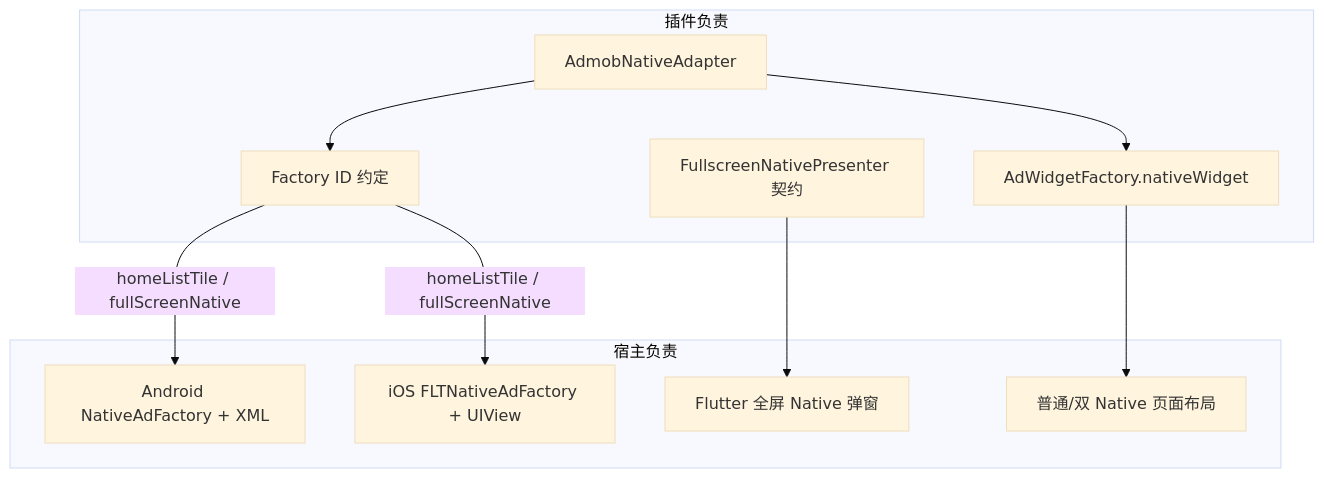
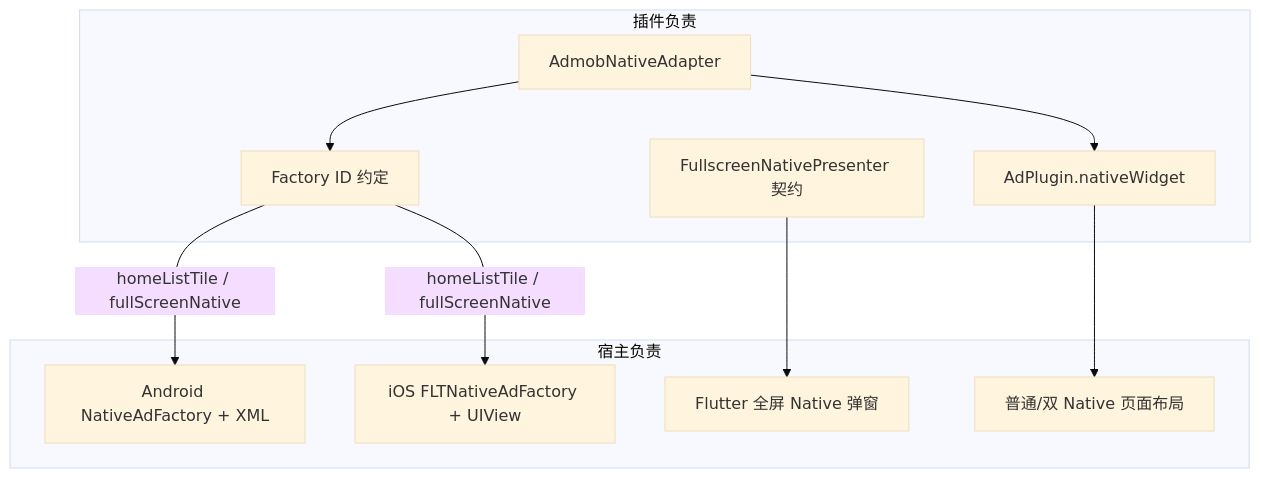
One commit to yanmingLiu/flutter_ad_plugin changed the third of 3 diagrams in README.md. Above: the diagram before and after it, drawn with Mermaid (base theme). The commit also changed other lines of this file and 115 other files, not shown here.

````diff
--- a/README.md
+++ b/README.md
@@ -170,23 +166,23 @@
 ```mermaid
 flowchart TB
   subgraph PluginSide[插件负责]
     NativeAdapter[AdmobNativeAdapter]
     FactoryId[Factory ID 约定]
-    FlutterBridge[AdWidgetFactory.nativeWidget]
+    FlutterBridge[AdPlugin.nativeWidget]
     PresenterContract[FullscreenNativePresenter 契约]
   end
 
   subgraph HostSide[宿主负责]
     AndroidFactory[Android NativeAdFactory + XML]
     IOSFactory[iOS FLTNativeAdFactory + UIView]
     FullscreenDialog[Flutter 全屏 Native 弹窗]
     BusinessLayout[普通/双 Native 页面布局]
   end
 
   NativeAdapter --> FactoryId
   FactoryId -->|homeListTile / fullScreenNative| AndroidFactory
   FactoryId -->|homeListTile / fullScreenNative| IOSFactory
   NativeAdapter --> FlutterBridge
   FlutterBridge --> BusinessLayout
   PresenterContract --> FullscreenDialog
 ```
````
